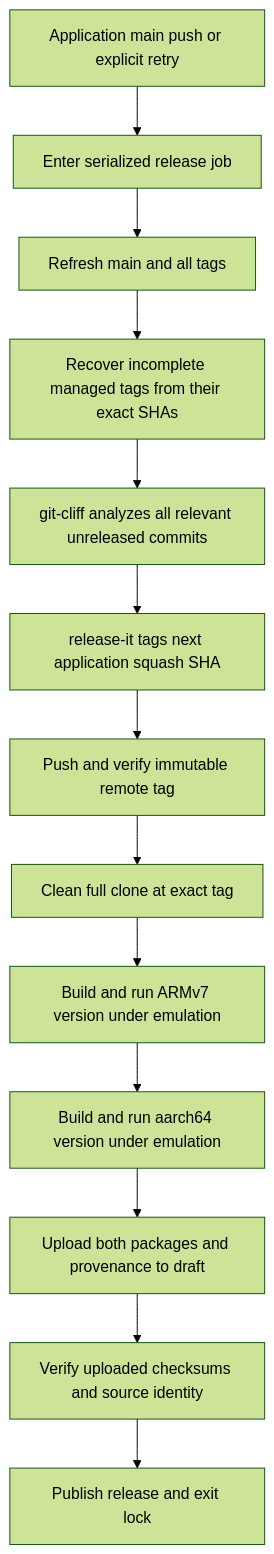
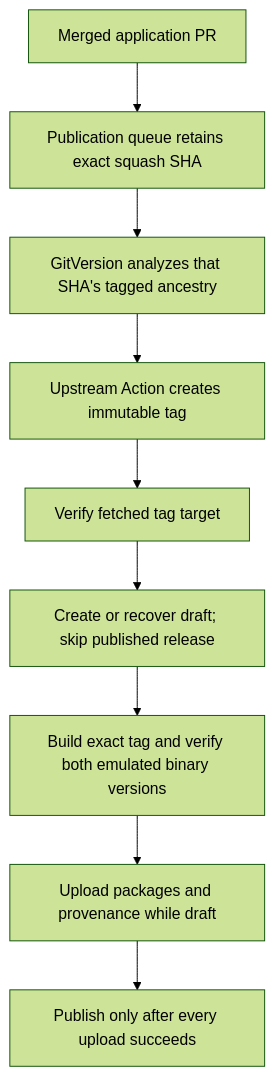
The second of 2 diagrams in docs/WORKFLOW_DIAGRAM.md (s116821/ReMarkableBuddies), drawn with Mermaid (forest theme) before and after one commit. The commit also changed other lines of this file and 27 other files, not shown here.

Commit message:
ci(REM-46): checkpoint upstream release candidate

````diff
--- a/docs/WORKFLOW_DIAGRAM.md
+++ b/docs/WORKFLOW_DIAGRAM.md
@@ -24,15 +24,11 @@
 ```mermaid
 flowchart TD
-  Push[Application main push or explicit retry] --> Lock[Enter serialized release job]
-  Lock --> Fetch[Refresh main and all tags]
-  Fetch --> Recover[Recover incomplete managed tags from their exact SHAs]
-  Recover --> Analyze[git-cliff analyzes all relevant unreleased commits]
-  Analyze --> Tag[release-it tags next application squash SHA]
-  Tag --> Confirm[Push and verify immutable remote tag]
-  Confirm --> Clone[Clean full clone at exact tag]
-  Clone --> RM2[Build and run ARMv7 version under emulation]
-  RM2 --> Pro[Build and run aarch64 version under emulation]
-  Pro --> Draft[Upload both packages and provenance to draft]
-  Draft --> Verify[Verify uploaded checksums and source identity]
-  Verify --> Publish[Publish release and exit lock]
+  Merge[Merged application PR] --> Queue[Publication queue retains exact squash SHA]
+  Queue --> Version[GitVersion analyzes that SHA's tagged ancestry]
+  Version --> Tag[Upstream Action creates immutable tag]
+  Tag --> Verify[Verify fetched tag target]
+  Verify --> Draft[Create or recover draft; skip published release]
+  Draft --> Build[Build exact tag and verify both emulated binary versions]
+  Build --> Upload[Upload packages and provenance while draft]
+  Upload --> Publish[Publish only after every upload succeeds]
 ```
````
